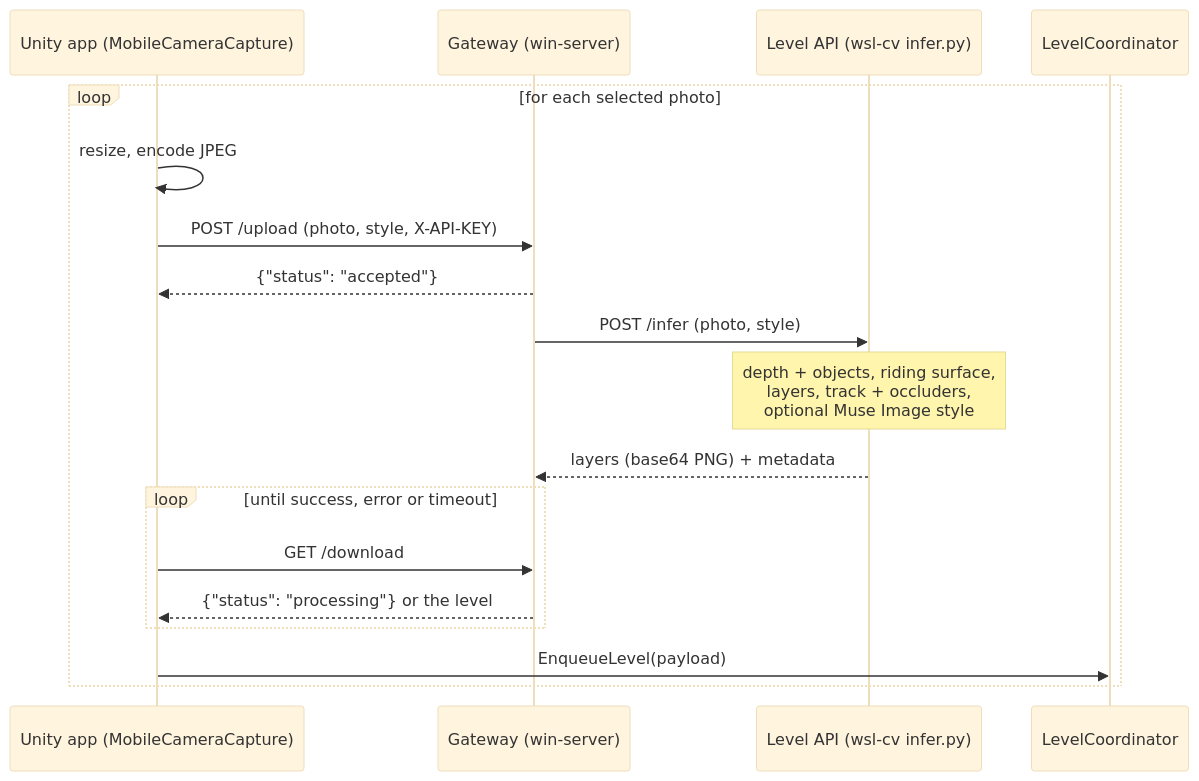
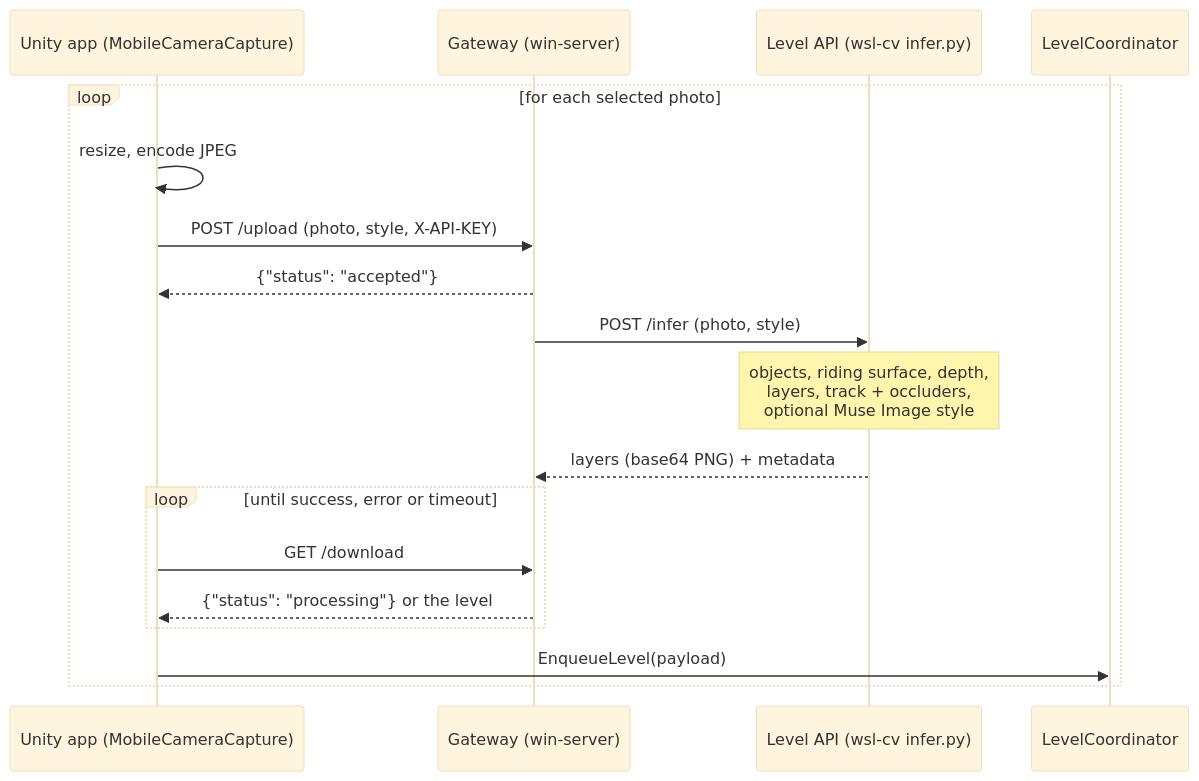
One commit to ryder1018/Diorama changed the diagram in docs/ARCHITECTURE.md. Above: the diagram before and after it, drawn with Mermaid (base theme). The commit also changed other lines of this file and 22 other files, not shown here.

First line of the commit message:
Replace Depth Anything 3 with Muse Spark depth

````diff
--- a/docs/ARCHITECTURE.md
+++ b/docs/ARCHITECTURE.md
@@ -15,21 +15,21 @@
 ```mermaid
 sequenceDiagram
     participant App as Unity app (MobileCameraCapture)
     participant Gate as Gateway (win-server)
     participant API as Level API (wsl-cv infer.py)
     participant Game as LevelCoordinator
 
     loop for each selected photo
         App->>App: resize, encode JPEG
         App->>Gate: POST /upload (photo, style, X-API-KEY)
         Gate-->>App: {"status": "accepted"}
         Gate->>API: POST /infer (photo, style)
-        Note over API: depth + objects, riding surface,<br/>layers, track + occluders,<br/>optional Muse Image style
+        Note over API: objects, riding surface, depth,<br/>layers, track + occluders,<br/>optional Muse Image style
         API-->>Gate: layers (base64 PNG) + metadata
         loop until success, error or timeout
             App->>Gate: GET /download
             Gate-->>App: {"status": "processing"} or the level
         end
         App->>Game: EnqueueLevel(payload)
     end
 ```
````
